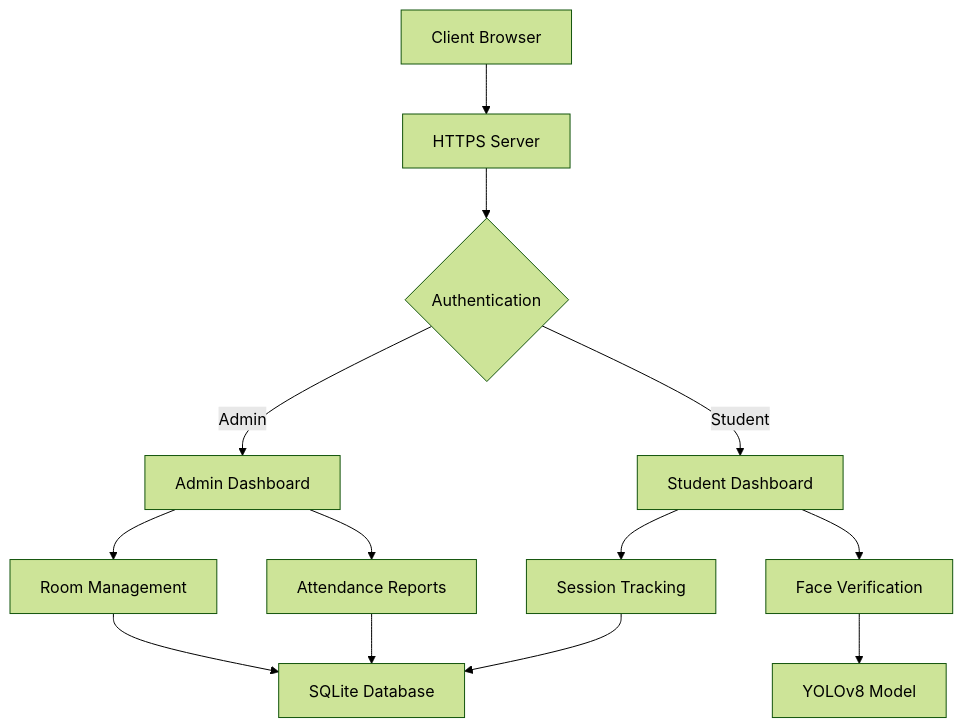
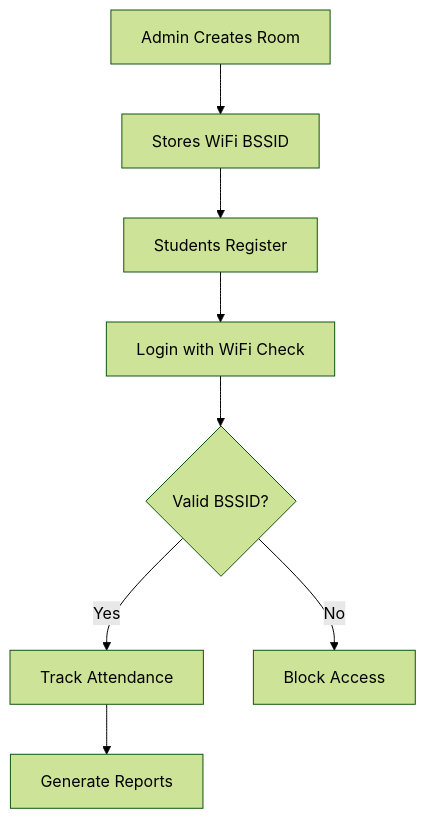
One commit to kailai-13/True_Wifi_Attendance changed the first of 2 diagrams in README.md. Above: the diagram before and after it, drawn with Mermaid (forest theme). The commit also changed other lines of this file, not shown here.

````diff
--- a/README.md
+++ b/README.md
@@ -115,15 +19,10 @@
 ```mermaid
-graph TD
-    A[Client Browser] --> B[HTTPS Server]
-    B --> C{Authentication}
-    C -->|Admin| D[Admin Dashboard]
-    C -->|Student| E[Student Dashboard]
-    D --> F[Room Management]
-    D --> G[Attendance Reports]
-    E --> H[Face Verification]
-    E --> I[Session Tracking]
-    F --> J[SQLite Database]
-    G --> J
-    H --> K[YOLOv8 Model]
-    I --> J
+flowchart TD
+    A[Admin Creates Room] --> B[Stores WiFi BSSID]
+    B --> C[Students Register]
+    C --> D[Login with WiFi Check]
+    D --> E{Valid BSSID?}
+    E -->|Yes| F[Track Attendance]
+    E -->|No| G[Block Access]
+    F --> H[Generate Reports]
 ```
````
